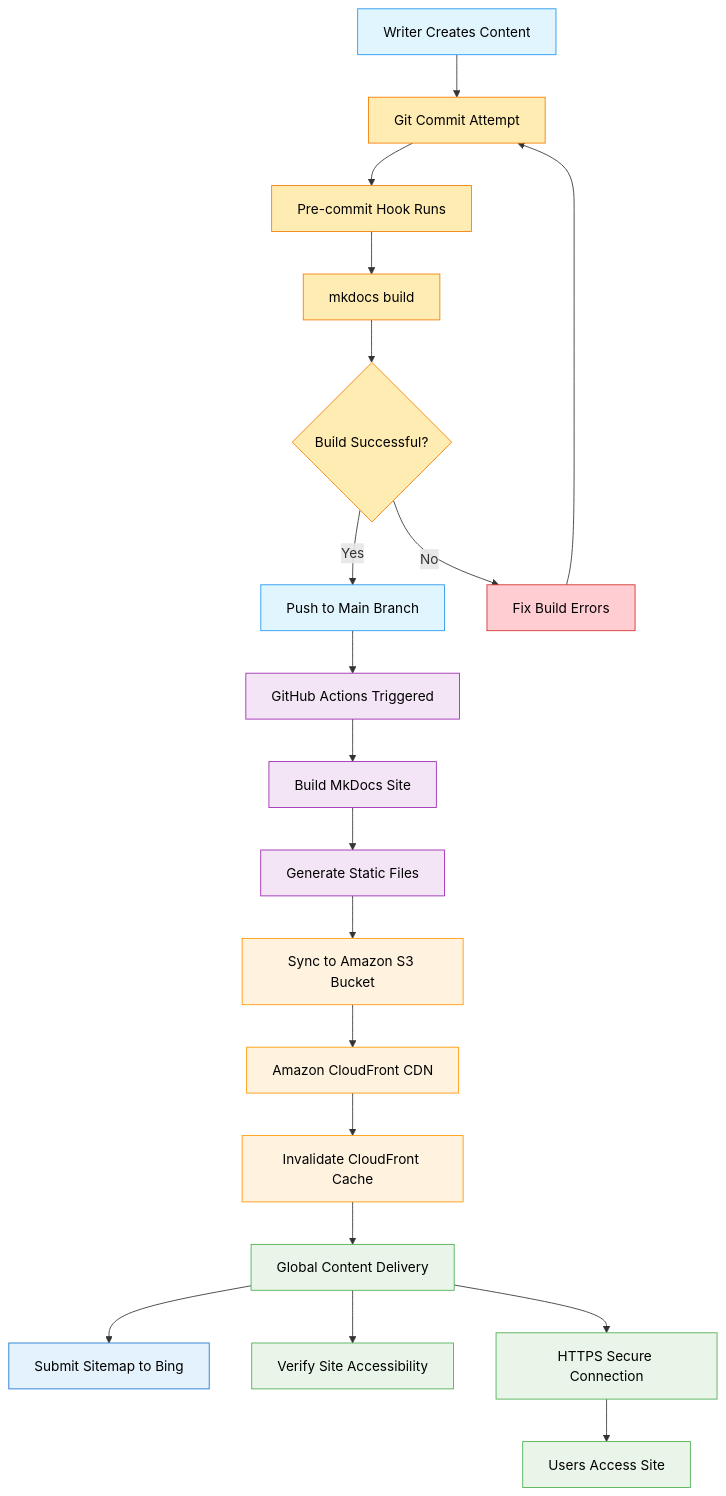
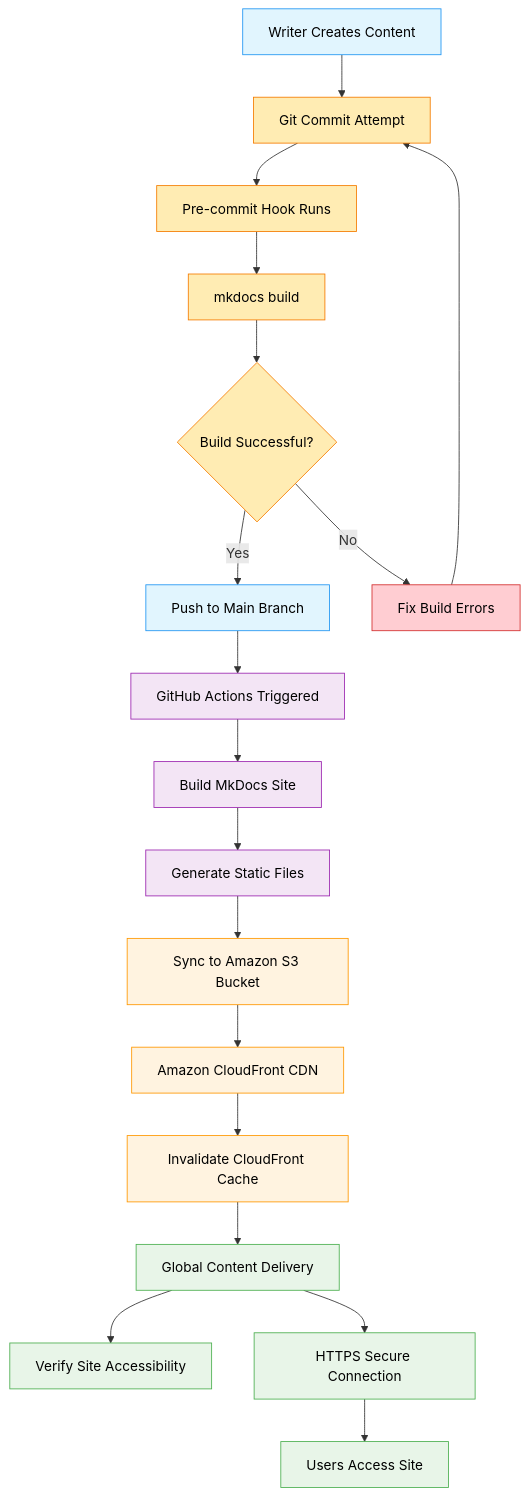
One commit to scottsaenz/scottsaenz-site changed the diagram in docs/blog/posts/20250601.md. Above: the diagram before and after it, drawn with Mermaid.

Commit message:
rm bing from github actions - manually added sitemap

````diff
--- a/docs/blog/posts/20250601.md
+++ b/docs/blog/posts/20250601.md
@@ -30,57 +30,55 @@
 ```mermaid
 flowchart TD
     J[Writer Creates Content] --> K[Git Commit Attempt]
     K --> L[Pre-commit Hook Runs]
     L --> M[mkdocs build]
     M --> N{Build Successful?}
     N -->|Yes| A[Push to Main Branch]
     N -->|No| O[Fix Build Errors]
     O --> K
     
     A --> B[GitHub Actions Triggered]
     B --> C[Build MkDocs Site]
     C --> D[Generate Static Files]
     D --> E[Sync to Amazon S3 Bucket]
     E --> F[Amazon CloudFront CDN]
     F --> P[Invalidate CloudFront Cache]
-    G --> R[Submit Sitemap to Bing]
     G--> S[Verify Site Accessibility]
     P --> G[Global Content Delivery]
     G --> H[HTTPS Secure Connection]
     H --> I[Users Access Site]
     
     style A fill:#e1f5fe,color:#000
     style B fill:#f3e5f5,color:#000
     style C fill:#f3e5f5,color:#000
     style D fill:#f3e5f5,color:#000
     style E fill:#fff3e0,color:#000
     style F fill:#fff3e0,color:#000
     style P fill:#fff3e0,color:#000
-    style R fill:#e3f2fd,color:#000
     style S fill:#e8f5e8,color:#000
     style G fill:#e8f5e8,color:#000
     style H fill:#e8f5e8,color:#000
     style I fill:#e8f5e8,color:#000
     style J fill:#e1f5fe,color:#000
     style K fill:#ffecb3,color:#000
     style L fill:#ffecb3,color:#000
     style M fill:#ffecb3,color:#000
     style N fill:#ffecb3,color:#000
     style O fill:#ffcdd2,color:#000
     
     classDef automation fill:#f3e5f5,stroke:#9c27b0,color:#000
     classDef aws fill:#fff3e0,stroke:#ff9800,color:#000
     classDef seo fill:#e3f2fd,stroke:#1976d2,color:#000
     classDef delivery fill:#e8f5e8,stroke:#4caf50,color:#000
     classDef user fill:#e1f5fe,stroke:#2196f3,color:#000
     classDef precommit fill:#ffecb3,stroke:#f57c00,color:#000
     classDef error fill:#ffcdd2,stroke:#d32f2f,color:#000
     
     class B,C,D automation
     class E,F,P aws
     class Q,R seo
     class S,G,H,I delivery
     class A,J user
     class K,L,M,N precommit
     class O error
 ```
````
